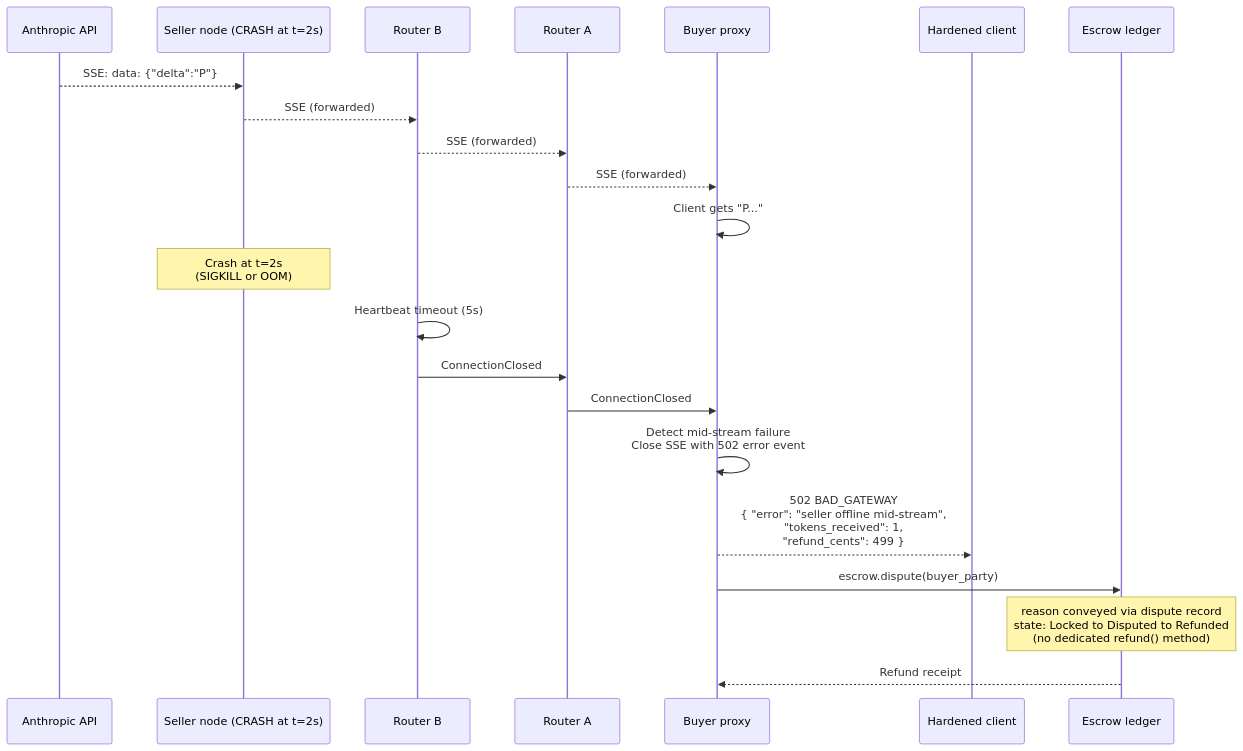
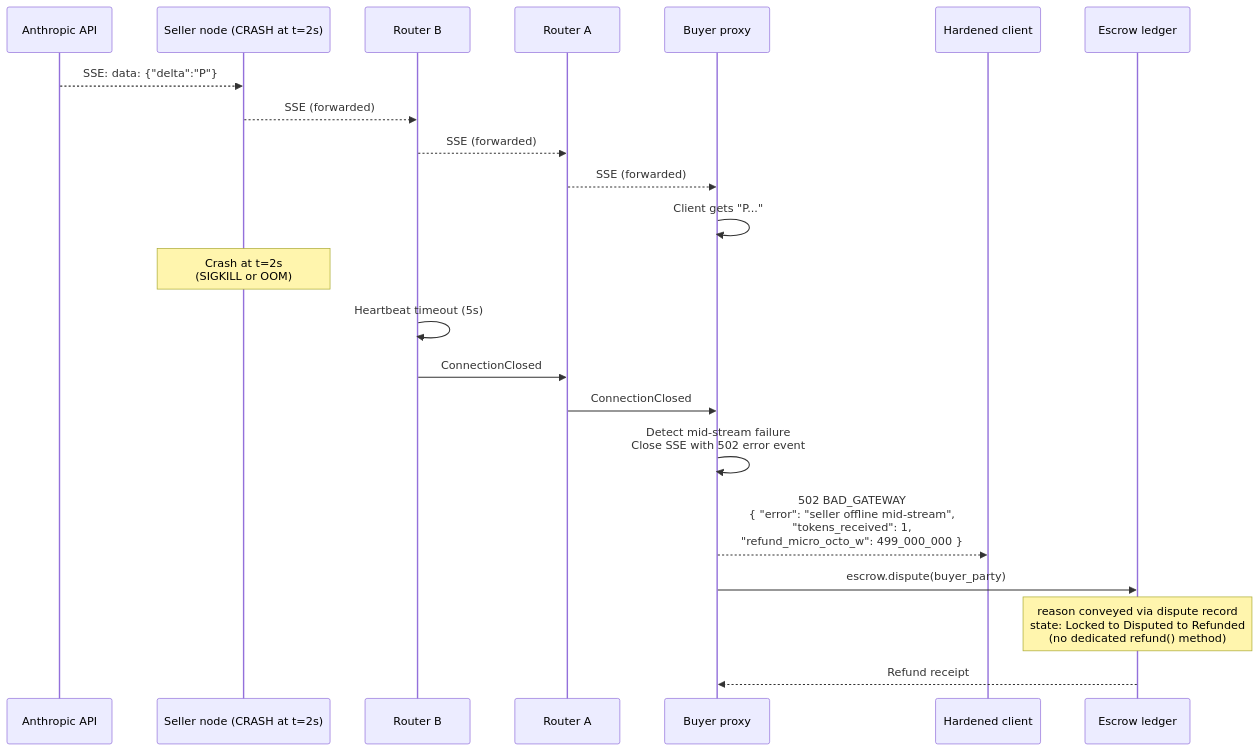
Before and after one commit to CipherOcto/cipherocto: diagram 12 of 14 in docs/architecture/end-to-end-scenarios.md, drawn with Mermaid. The commit also changed other lines of this file, not shown here.

First line of the commit message:
docs(architecture): round 8 review fixes (cents→micro_octo_w, TrustRegistry, MaxPerTx tuple, markdown)

````diff
--- a/docs/architecture/end-to-end-scenarios.md
+++ b/docs/architecture/end-to-end-scenarios.md
@@ -522,27 +523,27 @@
 ```mermaid
 sequenceDiagram
     participant ANT as Anthropic API
     participant SN as Seller node (CRASH at t=2s)
     participant P2 as Router B
     participant P1 as Router A
     participant P0 as Buyer proxy
     participant C as Hardened client
     participant E as Escrow ledger
 
     ANT-->>SN: SSE: data: {"delta":"P"}
     SN-->>P2: SSE (forwarded)
     P2-->>P1: SSE (forwarded)
     P1-->>P0: SSE (forwarded)
     P0->>P0: Client gets "P..."
 
     Note over SN: Crash at t=2s<br/>(SIGKILL or OOM)
 
     P2->>P2: Heartbeat timeout (5s)
     P2->>P1: ConnectionClosed
     P1->>P0: ConnectionClosed
     P0->>P0: Detect mid-stream failure<br/>Close SSE with 502 error event
-    P0-->>C: 502 BAD_GATEWAY<br/>{ "error": "seller offline mid-stream",<br/>  "tokens_received": 1,<br/>  "refund_cents": 499 }
+    P0-->>C: 502 BAD_GATEWAY<br/>{ "error": "seller offline mid-stream",<br/>  "tokens_received": 1,<br/>  "refund_micro_octo_w": 499_000_000 }
     P0->>E: escrow.dispute(buyer_party)
     Note over E: reason conveyed via dispute record<br/>state: Locked to Disputed to Refunded<br/>(no dedicated refund() method)
     E-->>P0: Refund receipt
 ```
````
